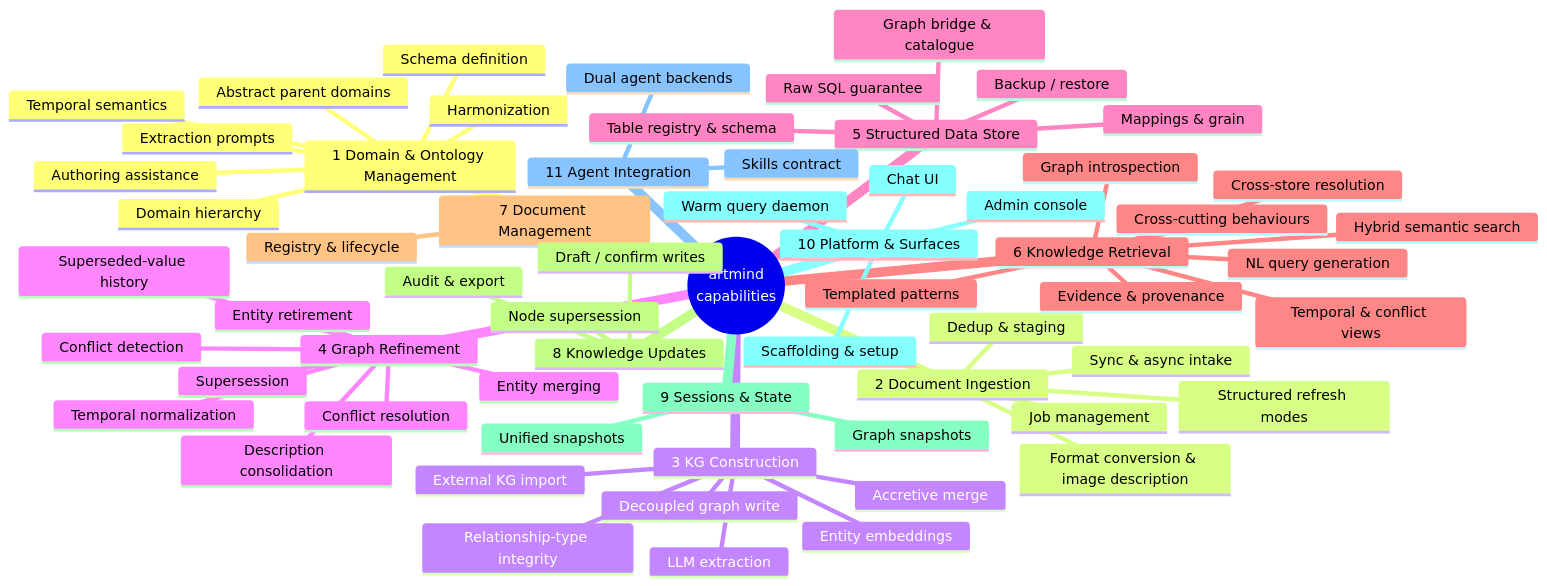
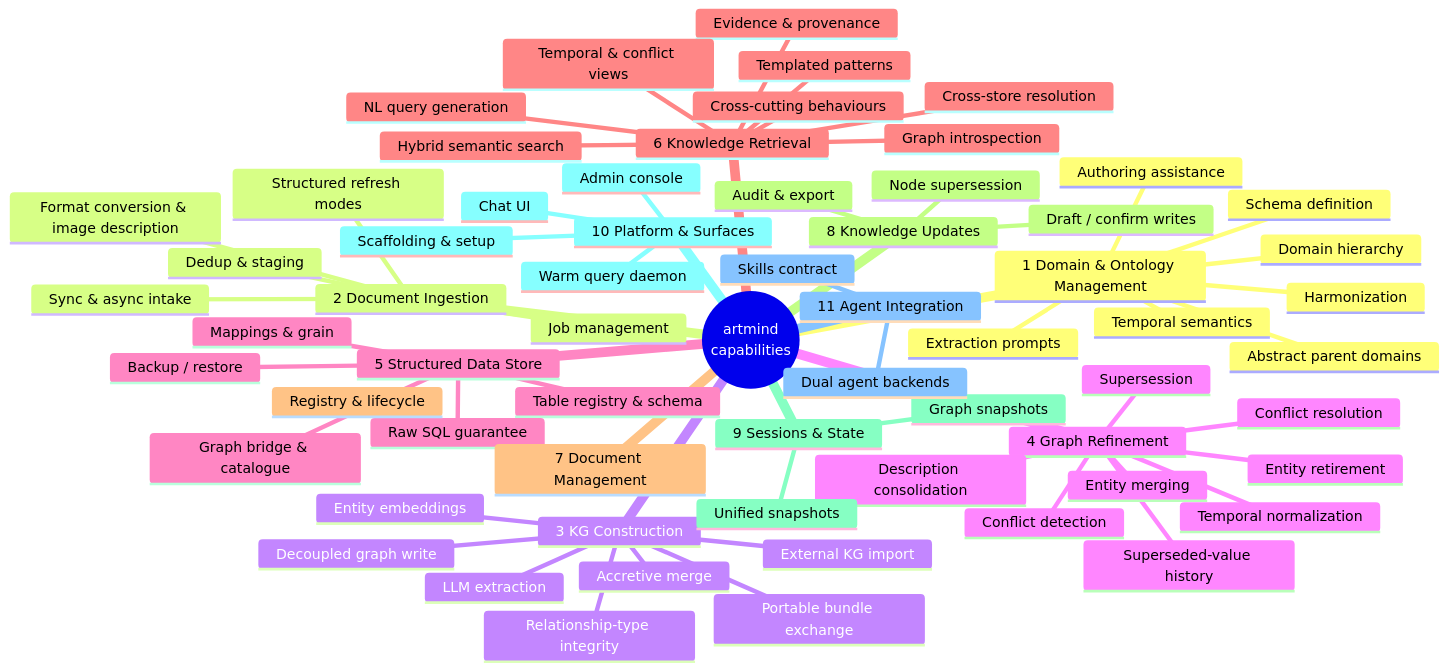
Before and after one commit to neurongraph/artmind9: the diagram in docs/CAPABILITIES.md, drawn with Mermaid. The commit also changed other lines of this file, not shown here.

First line of the commit message:
docs(capabilities): ground section 7, add bundle-exchange and table-deletion rows

````diff
--- a/docs/CAPABILITIES.md
+++ b/docs/CAPABILITIES.md
@@ -28,66 +28,67 @@
 ```mermaid
 mindmap
   root((artmind<br/>capabilities))
     1 Domain & Ontology Management
       Schema definition
       Domain hierarchy
       Extraction prompts
       Harmonization
       Temporal semantics
       Abstract parent domains
       Authoring assistance
     2 Document Ingestion
       Sync & async intake
       Job management
       Dedup & staging
       Structured refresh modes
       Format conversion & image description
     3 KG Construction
       LLM extraction
       Decoupled graph write
       External KG import
+      Portable bundle exchange
       Entity embeddings
       Relationship-type integrity
       Accretive merge
     4 Graph Refinement
       Entity merging
       Description consolidation
       Temporal normalization
       Conflict detection
       Supersession
       Entity retirement
       Superseded-value history
       Conflict resolution
     5 Structured Data Store
       Table registry & schema
       Raw SQL guarantee
       Mappings & grain
       Graph bridge & catalogue
       Backup / restore
     6 Knowledge Retrieval
       Graph introspection
       Templated patterns
       Hybrid semantic search
       NL query generation
       Evidence & provenance
       Temporal & conflict views
       Cross-store resolution
       Cross-cutting behaviours
     7 Document Management
       Registry & lifecycle
     8 Knowledge Updates
       Draft / confirm writes
       Node supersession
       Audit & export
     9 Sessions & State
       Graph snapshots
       Unified snapshots
     10 Platform & Surfaces
       Scaffolding & setup
       Warm query daemon
       Chat UI
       Admin console
     11 Agent Integration
       Skills contract
       Dual agent backends
 ```
````
